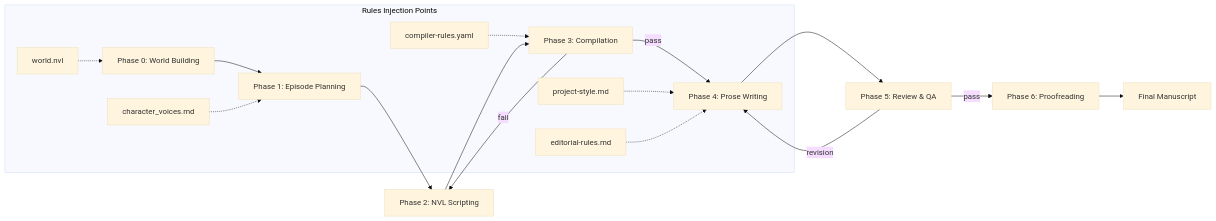
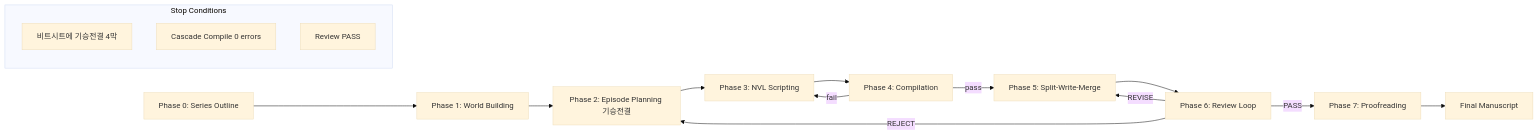
Before and after one commit to mminimin112313/Novel_Language: the second of 2 diagrams in .agent/rules/system-architecture.md, drawn with Mermaid (base theme). The commit also changed other lines of this file and 9 other files, not shown here.

First line of the commit message:
feat: major pipeline overhaul Phase 1 - editor review system

````diff
--- a/.agent/rules/system-architecture.md
+++ b/.agent/rules/system-architecture.md
@@ -105,20 +134,20 @@
 ```mermaid
 graph LR
-    P0[Phase 0: World Building] --> P1[Phase 1: Episode Planning]
-    P1 --> P2[Phase 2: NVL Scripting]
-    P2 --> P3[Phase 3: Compilation]
-    P3 --> |fail| P2
-    P3 --> |pass| P4[Phase 4: Prose Writing]
-    P4 --> P5[Phase 5: Review & QA]
-    P5 --> |revision| P4
-    P5 --> |pass| P6[Phase 6: Proofreading]
-    P6 --> OUT[Final Manuscript]
+    P0[Phase 0: Series Outline] --> P1[Phase 1: World Building]
+    P1 --> P2[Phase 2: Episode Planning 기승전결]
+    P2 --> P3[Phase 3: NVL Scripting]
+    P3 --> P4[Phase 4: Compilation]
+    P4 --> |fail| P3
+    P4 --> |pass| P5[Phase 5: Split-Write-Merge]
+    P5 --> P6[Phase 6: Review Loop]
+    P6 --> |REVISE| P5
+    P6 --> |REJECT| P2
+    P6 --> |PASS| P7[Phase 7: Proofreading]
+    P7 --> OUT[Final Manuscript]
 
-    subgraph "Rules Injection Points"
-        R1[world.nvl] -.-> P0
-        R2[character_voices.md] -.-> P1
-        R3[project-style.md] -.-> P4
-        R4[editorial-rules.md] -.-> P4
-        R5[compiler-rules.yaml] -.-> P3
+    subgraph "Stop Conditions"
+        S1["비트시트에 기승전결 4막"]
+        S2["Cascade Compile 0 errors"]
+        S3["Review PASS"]
     end
 ```
````
